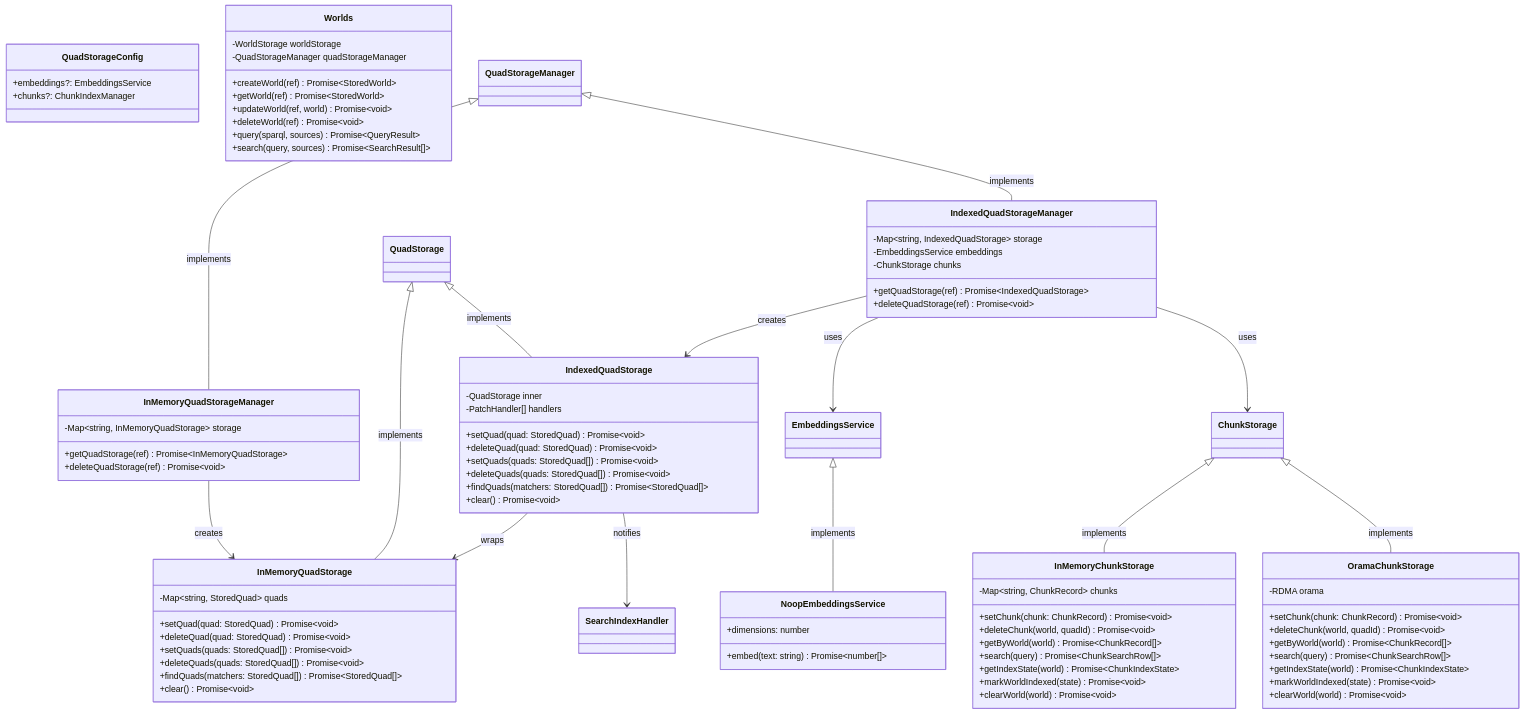
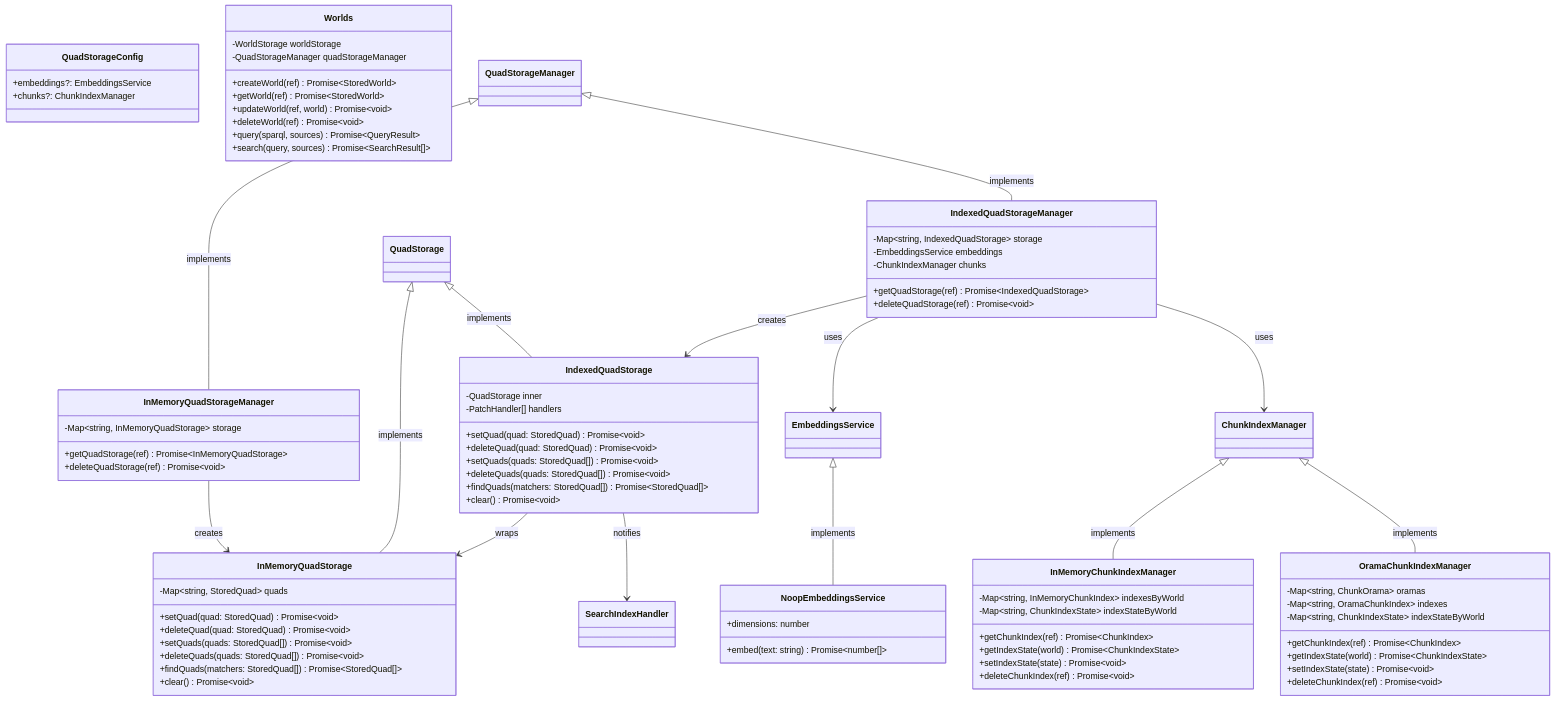
The fourth of 5 diagrams in docs/ARCHITECTURE.md (wazootech/worlds-api), drawn with Mermaid before and after one commit. The commit also changed other lines of this file, not shown here.

First line of the commit message:
docs: align architecture diagrams with chunk index

````diff
--- a/docs/ARCHITECTURE.md
+++ b/docs/ARCHITECTURE.md
@@ -245,31 +253,28 @@
     class IndexedQuadStorageManager {
         -Map~string, IndexedQuadStorage~ storage
         -EmbeddingsService embeddings
-        -ChunkStorage chunks
+        -ChunkIndexManager chunks
         +getQuadStorage(ref) Promise~IndexedQuadStorage~
         +deleteQuadStorage(ref) Promise~void~
     }
     
-    class InMemoryChunkStorage {
-        -Map~string, ChunkRecord~ chunks
-        +setChunk(chunk: ChunkRecord) Promise~void~
-        +deleteChunk(world, quadId) Promise~void~
-        +getByWorld(world) Promise~ChunkRecord[]~
-        +search(query) Promise~ChunkSearchRow[]~
+    class InMemoryChunkIndexManager {
+        -Map~string, InMemoryChunkIndex~ indexesByWorld
+        -Map~string, ChunkIndexState~ indexStateByWorld
+        +getChunkIndex(ref) Promise~ChunkIndex~
         +getIndexState(world) Promise~ChunkIndexState~
-        +markWorldIndexed(state) Promise~void~
-        +clearWorld(world) Promise~void~
+        +setIndexState(state) Promise~void~
+        +deleteChunkIndex(ref) Promise~void~
     }
     
-    class OramaChunkStorage {
-        -RDMA orama
-        +setChunk(chunk: ChunkRecord) Promise~void~
-        +deleteChunk(world, quadId) Promise~void~
-        +getByWorld(world) Promise~ChunkRecord[]~
-        +search(query) Promise~ChunkSearchRow[]~
+    class OramaChunkIndexManager {
+        -Map~string, ChunkOrama~ oramas
+        -Map~string, OramaChunkIndex~ indexes
+        -Map~string, ChunkIndexState~ indexStateByWorld
+        +getChunkIndex(ref) Promise~ChunkIndex~
         +getIndexState(world) Promise~ChunkIndexState~
-        +markWorldIndexed(state) Promise~void~
-        +clearWorld(world) Promise~void~
+        +setIndexState(state) Promise~void~
+        +deleteChunkIndex(ref) Promise~void~
     }
     
     class NoopEmbeddingsService {
@@ -298,9 +303,9 @@
     InMemoryQuadStorageManager --> InMemoryQuadStorage: creates
     IndexedQuadStorageManager --> IndexedQuadStorage: creates
     IndexedQuadStorageManager --> EmbeddingsService: uses
-    IndexedQuadStorageManager --> ChunkStorage: uses
+    IndexedQuadStorageManager --> ChunkIndexManager: uses
     
-    ChunkStorage <|-- InMemoryChunkStorage: implements
-    ChunkStorage <|-- OramaChunkStorage: implements
+    ChunkIndexManager <|-- InMemoryChunkIndexManager: implements
+    ChunkIndexManager <|-- OramaChunkIndexManager: implements
     EmbeddingsService <|-- NoopEmbeddingsService: implements
 ```
````
